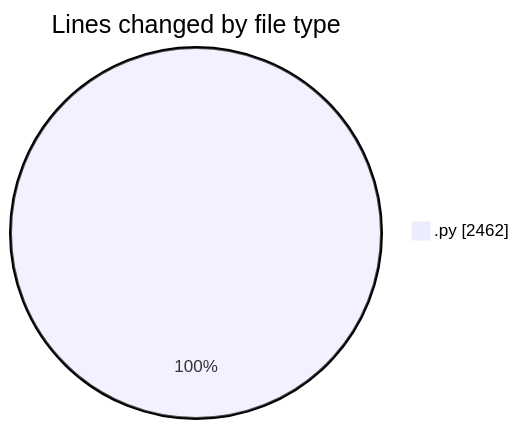
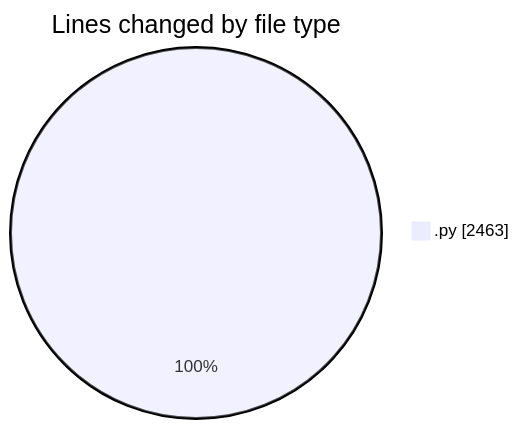
One commit to MatusMokan/code-tracking changed the first of 2 diagrams in 2025-03-01/myws__workspace_/README.md. Above: the diagram before and after it, drawn with Mermaid. The commit also changed other lines of this file and 1 other file, not shown here.

````diff
--- a/2025-03-01/myws__workspace_/README.md
+++ b/2025-03-01/myws__workspace_/README.md
@@ -24,5 +24,5 @@
 ```mermaid
 pie showData
 title Lines changed by file type
-".py" : 2462
+".py" : 2463
 ```
````
